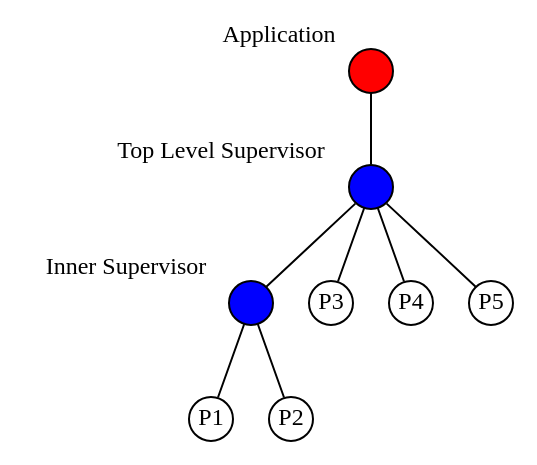
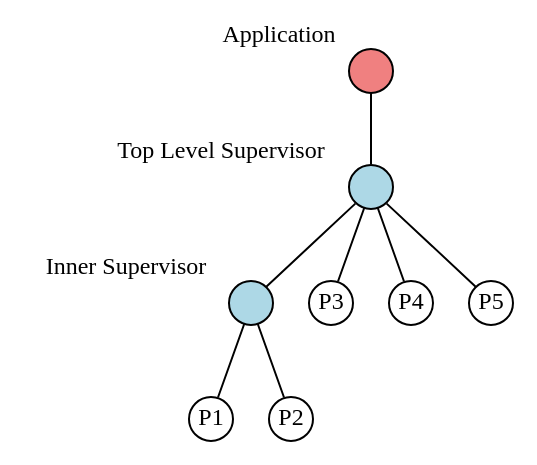
One commit to dont-rely-on-nulls/gambiconf-2025 changed diagram 11 of 18 in presentation.org. Above: the diagram before and after it, drawn with Graphviz. The commit also changed other lines of this file and 19 other files, not shown here.

```diff
--- a/presentation.org
+++ b/presentation.org
@@ -589,37 +589,37 @@
 #+BEGIN_SRC dot :file ./img/erlang_app_structure_ii.png :cmdline -Kdot -Tpng :exports results
 graph g {
-  	ratio=fill
-  	splines=spline
-  	overlap=scale
-
-  	node [
-  		label="", 
-  		xlabel="",
-  		shape=circle,
-  		fixedsize=true,
-  		width=0.3,
-  		color="black",
-  		fillcolor="white",
-  		style="filled,solid",
-  		fontsize=12
-  	]
-
-  	app [xlabel="Application", pos="1,1", fillcolor="red"]
-  	sup [xlabel="Top Level Supervisor", pos="1,1", fillcolor="blue"]
-  	isup [xlabel="Inner Supervisor", pos="0,0", fillcolor="blue"]
-	
-	iw1 [label="P1", pos="0,1"]
-	iw2 [label="P2", pos="0,1"]
-  	w2 [label="P3", pos="0,1"]
-  	w3 [label="P4", pos="0,2"]
-  	w4 [label="P5", pos="0,3"]
-
-  	app -- sup
-  	sup -- isup
-	isup -- iw1
-	isup -- iw2
-  	sup -- w2
-  	sup -- w3
-  	sup -- w4
+  ratio=fill
+  splines=spline
+  overlap=scale
+  
+  node [
+    label="", 
+    xlabel="",
+    shape=circle,
+    fixedsize=true,
+    width=0.3,
+    color="black",
+    fillcolor="white",
+    style="filled,solid",
+    fontsize=12
+  ]
+  
+  app [xlabel="Application", pos="1,1", fillcolor="lightcoral"]
+  sup [xlabel="Top Level Supervisor", pos="1,1", fillcolor="lightblue"]
+  isup [xlabel="Inner Supervisor", pos="0,0", fillcolor="lightblue"]
+  
+  iw1 [label="P1", pos="0,1"]
+  iw2 [label="P2", pos="0,1"]
+  w2 [label="P3", pos="0,1"]
+  w3 [label="P4", pos="0,2"]
+  w4 [label="P5", pos="0,3"]
+  
+  app -- sup
+  sup -- isup
+  isup -- iw1
+  isup -- iw2
+  sup -- w2
+  sup -- w3
+  sup -- w4
 }
 #+END_SRC
```
